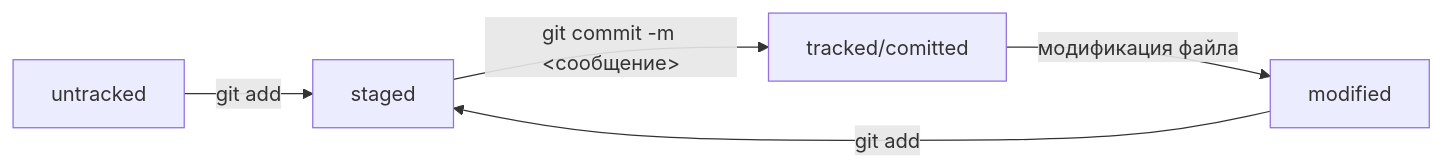
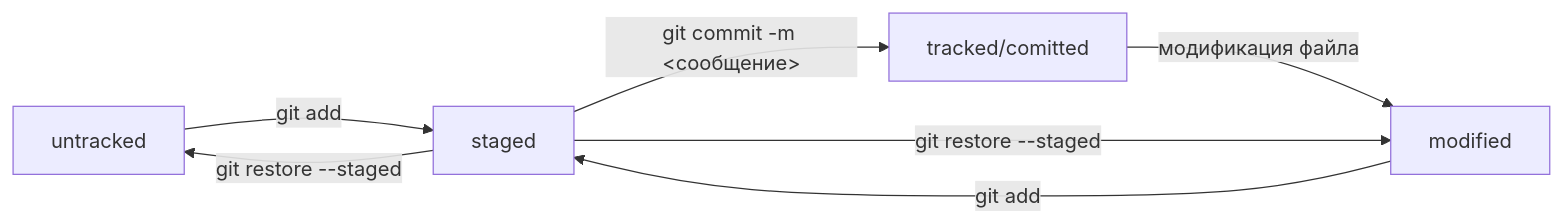
One commit to ASTimch/git_notes changed the diagram in README.md. Above: the diagram before and after it, drawn with Mermaid. The commit also changed other lines of this file, not shown here.

Commit message:
Add restore and reset commands to README.md

````diff
--- a/README.md
+++ b/README.md
@@ -106,8 +111,10 @@
 ```mermaid
 graph LR;
   untracked -- "git add" --> staged;
   staged    -- "git commit -m <сообщение>"     --> tracked/comitted;
   tracked/comitted    -- "модификация файла"     --> modified;
   modified -- "git add" --> staged;
+  staged -- "git restore --staged"     --> untracked;
+  staged -- "git restore --staged" --> modified;
 
 ``` 
````
